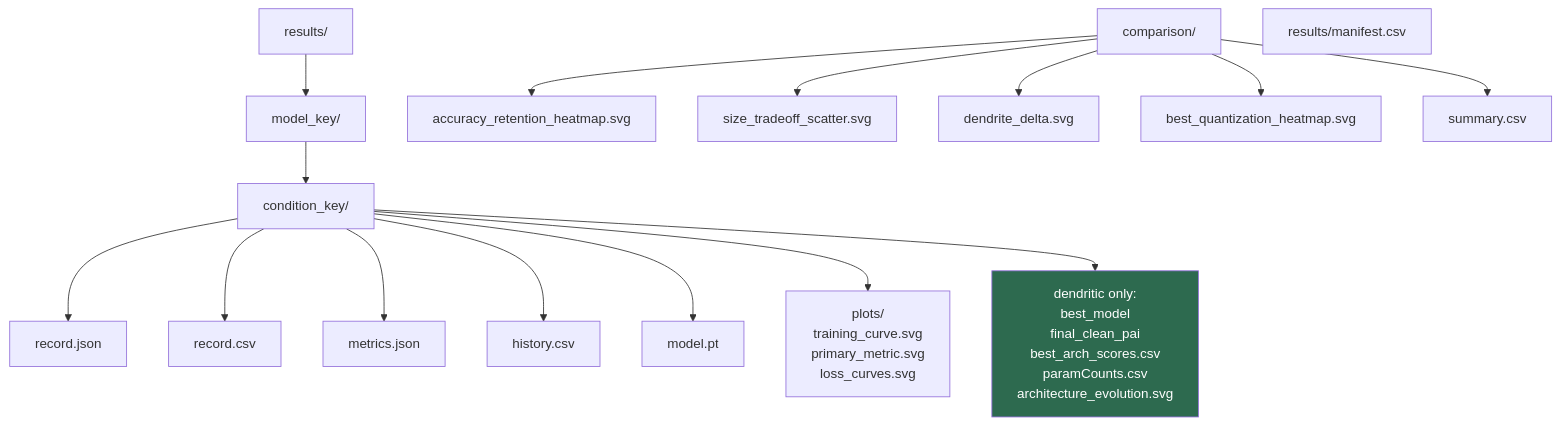
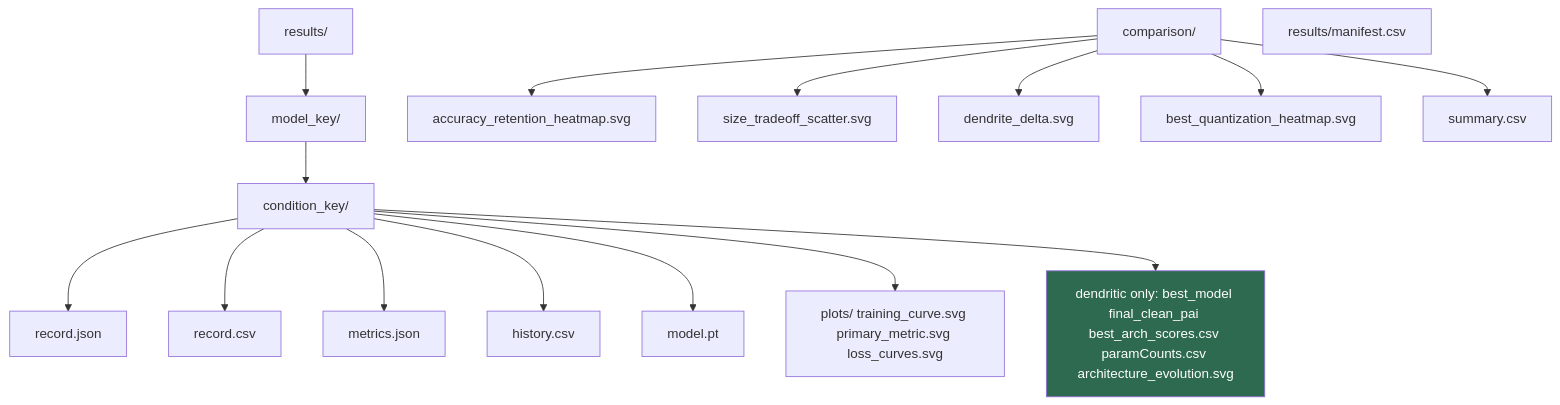
The sixth of 7 diagrams in information/CLI_DIAGRAMS.md (VG-Fish/PerforatedAI-Quantization-Experiment), drawn with Mermaid before and after one commit. The commit also changed other lines of this file, not shown here.

Commit message:
fixed mermaid diagram errors

````diff
--- a/information/CLI_DIAGRAMS.md
+++ b/information/CLI_DIAGRAMS.md
@@ -215,22 +215,22 @@
 ```mermaid
 flowchart TD
     R[results/] --> M1[model_key/]
     M1 --> C1[condition_key/]
     C1 --> RJ[record.json]
     C1 --> RC[record.csv]
     C1 --> MJ[metrics.json]
     C1 --> HC[history.csv]
     C1 --> MP[model.pt]
-    C1 --> PL[plots/\ntraining_curve.svg\nprimary_metric.svg\nloss_curves.svg]
-    C1 --> DD[dendritic only:\nbest_model\nfinal_clean_pai\nbest_arch_scores.csv\nparamCounts.csv\narchitecture_evolution.svg]
+    C1 --> PL[plots/ training_curve.svg primary_metric.svg loss_curves.svg]
+    C1 --> DD[dendritic only: best_model final_clean_pai best_arch_scores.csv paramCounts.csv architecture_evolution.svg]
 
     CO[comparison/] --> H1[accuracy_retention_heatmap.svg]
     CO --> H2[size_tradeoff_scatter.svg]
     CO --> H3[dendrite_delta.svg]
     CO --> H4[best_quantization_heatmap.svg]
     CO --> H5[summary.csv]
 
     RM[results/manifest.csv]
 
     style DD fill:#2d6a4f,color:#fff
 ```
````
